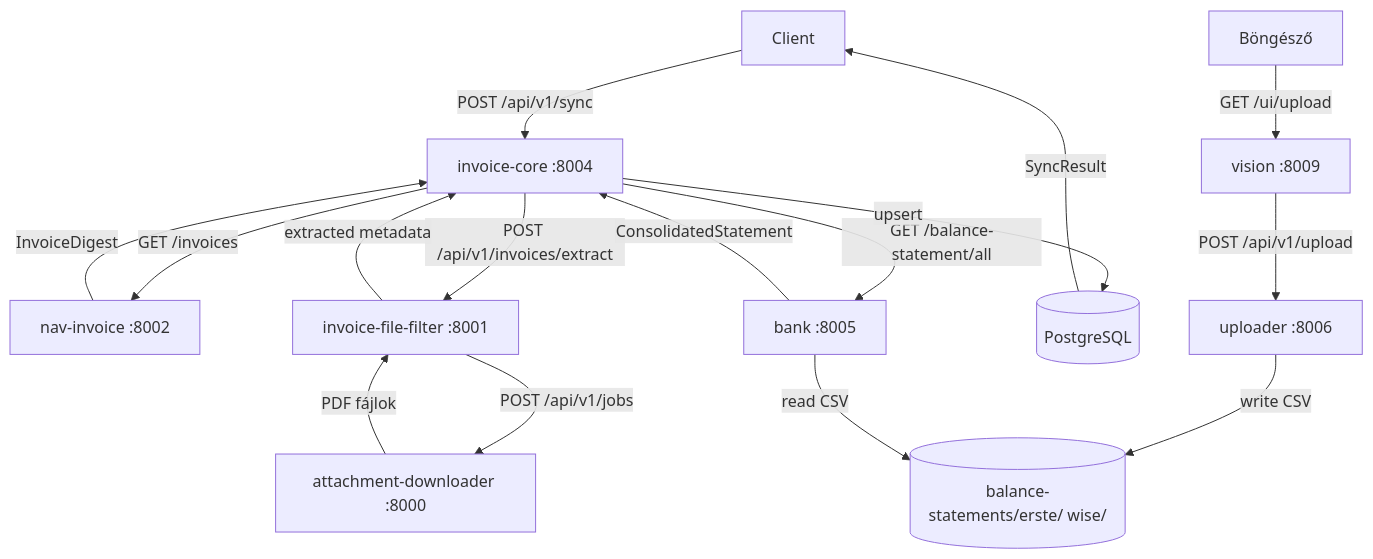
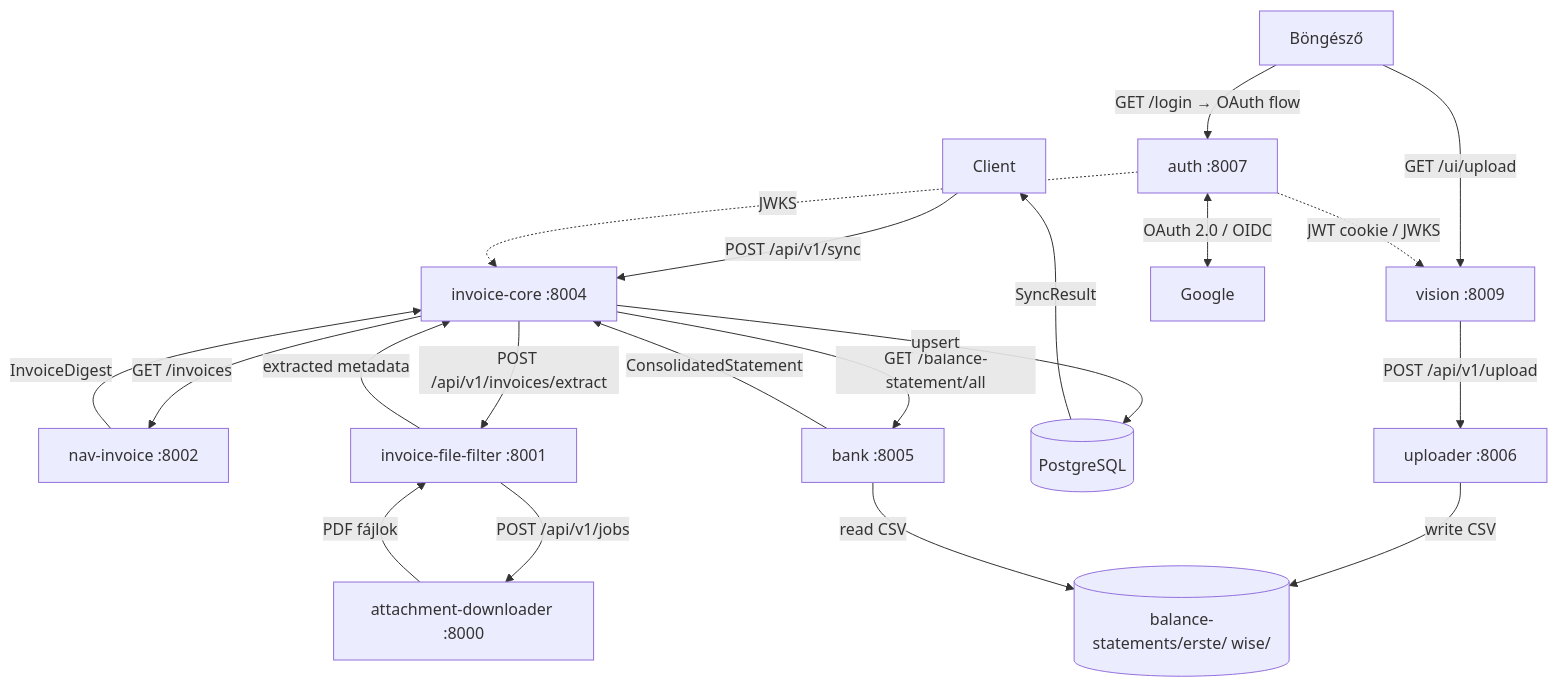
One commit to graphtrek/tiro changed the diagram in moneypenny/INDEX.md. Above: the diagram before and after it, drawn with Mermaid. The commit also changed other lines of this file and 7 other files, not shown here.

Commit message:
feat(auth): implement central authentication microservice with Google OAuth 2.0 support and JWT validation

````diff
--- a/moneypenny/INDEX.md
+++ b/moneypenny/INDEX.md
@@ -193,19 +209,24 @@
 ```mermaid
 flowchart TD
     C[Client] -->|POST /api/v1/sync| SD[invoice-core :8004]
     SD -->|GET /invoices| NAV[nav-invoice :8002]
     NAV -->|InvoiceDigest| SD
     SD -->|POST /api/v1/invoices/extract| IFF[invoice-file-filter :8001]
     IFF -->|POST /api/v1/jobs| AD[attachment-downloader :8000]
     AD -->|PDF fájlok| IFF
     IFF -->|extracted metadata| SD
     SD -->|GET /balance-statement/all| BK[bank :8005]
     BK -->|ConsolidatedStatement| SD
     SD -->|upsert| DB[(PostgreSQL)]
     DB -->|SyncResult| C
 
     B[Böngésző] -->|GET /ui/upload| V[vision :8009]
     V -->|POST /api/v1/upload| UP[uploader :8006]
     UP -->|write CSV| FS[(balance-statements/erste/ wise/)]
     BK -->|read CSV| FS
+
+    B -->|GET /login → OAuth flow| AU[auth :8007]
+    AU <-->|OAuth 2.0 / OIDC| GO[Google]
+    AU -.->|JWT cookie / JWKS| V
+    AU -.->|JWKS| SD
 ```
````
